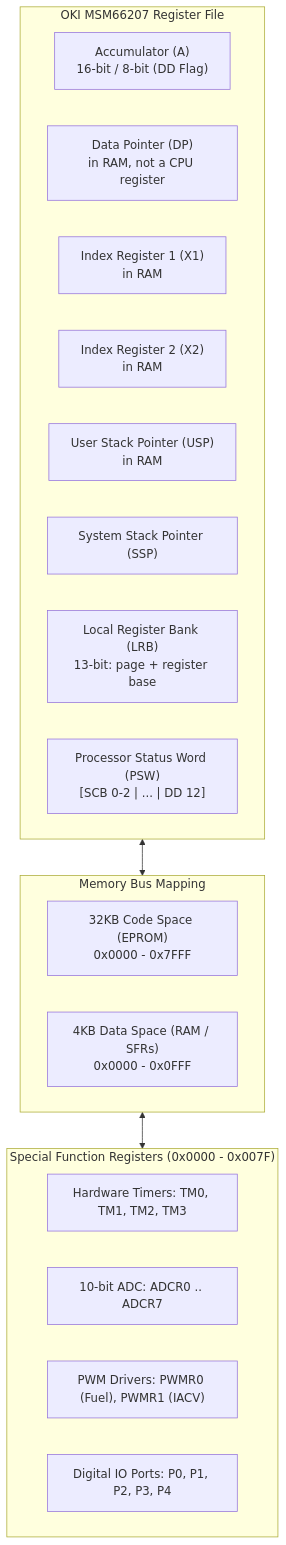
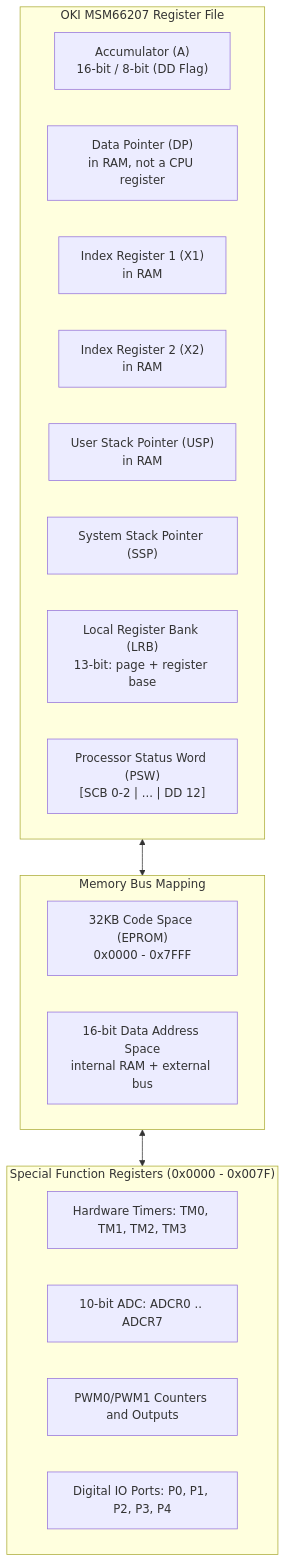
One commit to VIRUXE/hondaecu-cli changed the diagram in docs/P28_ARCHITECTURE.md. Above: the diagram before and after it, drawn with Mermaid. The commit also changed other lines of this file and 3 other files, not shown here.

````diff
--- a/docs/P28_ARCHITECTURE.md
+++ b/docs/P28_ARCHITECTURE.md
@@ -9,28 +11,28 @@
 ```mermaid
 flowchart TD
     subgraph CPUCore ["OKI MSM66207 Register File"]
         A["Accumulator (A)<br/>16-bit / 8-bit (DD Flag)"]
         DP["Data Pointer (DP)<br/>in RAM, not a CPU register"]
         X1["Index Register 1 (X1)<br/>in RAM"]
         X2["Index Register 2 (X2)<br/>in RAM"]
         USP["User Stack Pointer (USP)<br/>in RAM"]
         SSP["System Stack Pointer (SSP)"]
         LRB["Local Register Bank (LRB)<br/>13-bit: page + register base"]
         PSW["Processor Status Word (PSW)<br/>[SCB 0-2 | ... | DD 12]"]
     end
 
     subgraph MemorySpace ["Memory Bus Mapping"]
         CodeSpace["32KB Code Space (EPROM)<br/>0x0000 - 0x7FFF"]
-        DataSpace["4KB Data Space (RAM / SFRs)<br/>0x0000 - 0x0FFF"]
+        DataSpace["16-bit Data Address Space<br/>internal RAM + external bus"]
     end
 
     subgraph SFRs ["Special Function Registers (0x0000 - 0x007F)"]
         Timers["Hardware Timers: TM0, TM1, TM2, TM3"]
         ADC["10-bit ADC: ADCR0 .. ADCR7"]
-        PWM["PWM Drivers: PWMR0 (Fuel), PWMR1 (IACV)"]
+        PWM["PWM0/PWM1 Counters and Outputs"]
         Ports["Digital IO Ports: P0, P1, P2, P3, P4"]
     end
 
     CPUCore <--> MemorySpace
     MemorySpace <--> SFRs
 ```
````
